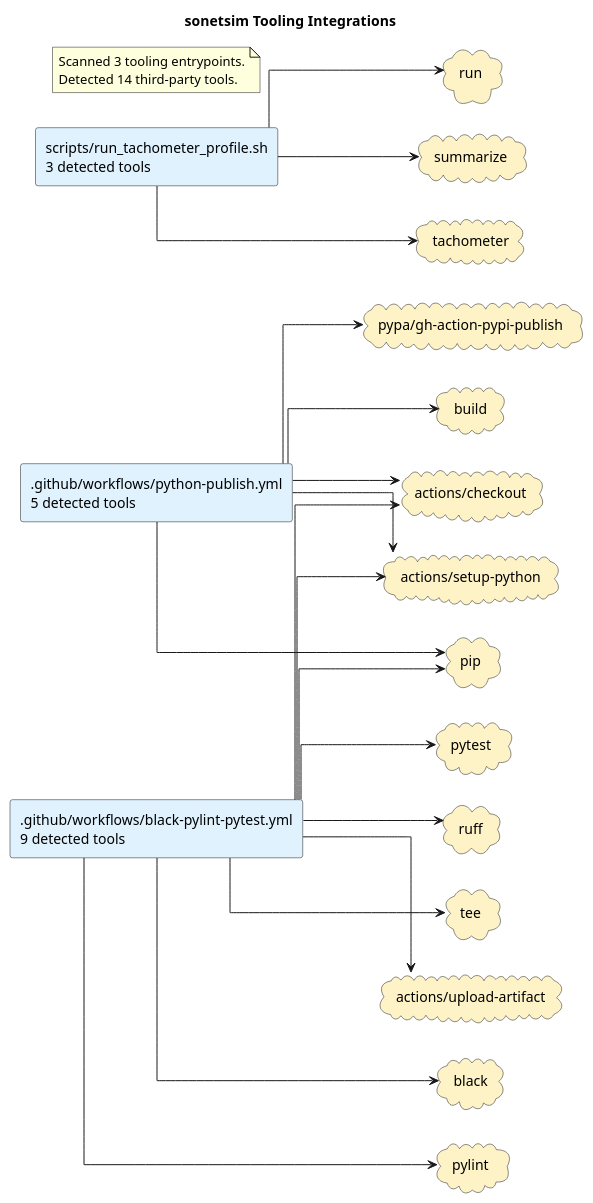
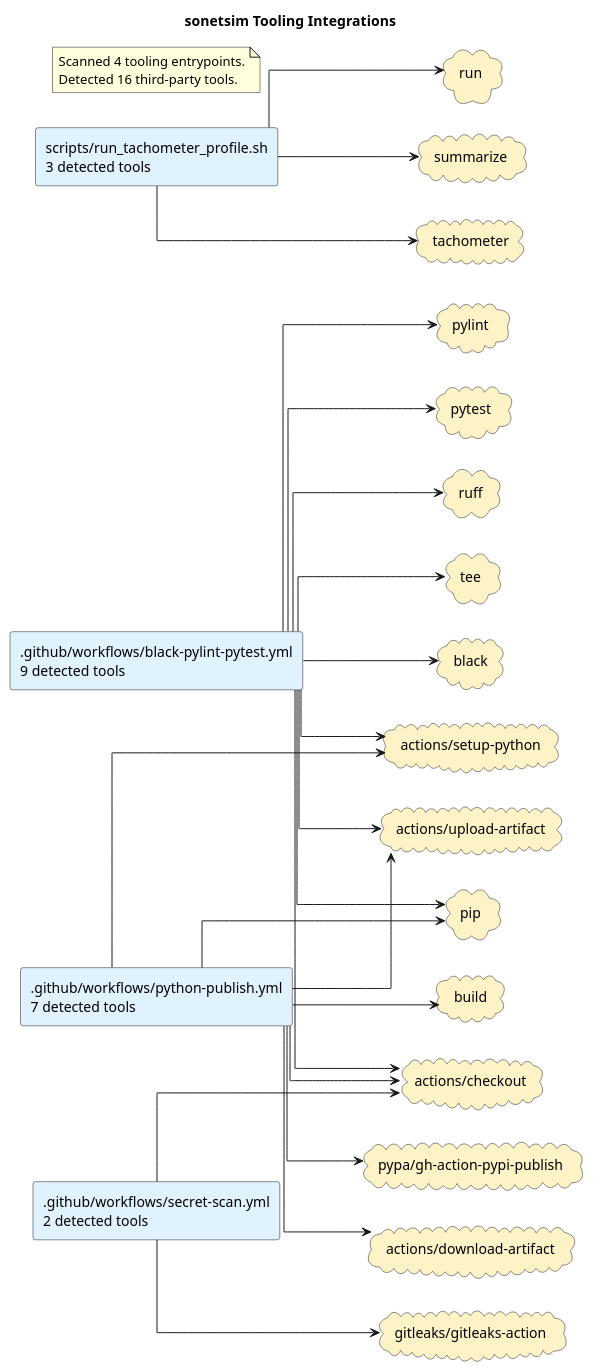
The diagram in docs/diagrams/tooling-integrations.puml (casonk/sonetsim), drawn with PlantUML before and after one commit. The commit also changed 5 other files, not shown here.

First line of the commit message:
docs: refresh diagrams; ci: exclude baseline from workspace-path scan

```diff
--- a/docs/diagrams/tooling-integrations.puml
+++ b/docs/diagrams/tooling-integrations.puml
@@ -1,46 +1,53 @@
 @startuml
 title sonetsim Tooling Integrations
 left to right direction
 skinparam shadowing false
 skinparam defaultFontName Monospace
 skinparam componentStyle rectangle
 skinparam linetype ortho
 rectangle ".github/workflows/black-pylint-pytest.yml\n9 detected tools" as source_github_workflows_black_pylint_pytest_yml #E0F2FE
-rectangle ".github/workflows/python-publish.yml\n5 detected tools" as source_github_workflows_python_publish_yml #E0F2FE
+rectangle ".github/workflows/python-publish.yml\n7 detected tools" as source_github_workflows_python_publish_yml #E0F2FE
+rectangle ".github/workflows/secret-scan.yml\n2 detected tools" as source_github_workflows_secret_scan_yml #E0F2FE
 rectangle "scripts/run_tachometer_profile.sh\n3 detected tools" as source_scripts_run_tachometer_profile_sh #E0F2FE
 cloud "actions/checkout" as tool_actions_checkout #FEF3C7
+cloud "actions/download-artifact" as tool_actions_download_artifact #FEF3C7
 cloud "actions/setup-python" as tool_actions_setup_python #FEF3C7
 cloud "actions/upload-artifact" as tool_actions_upload_artifact #FEF3C7
 cloud "black" as tool_black #FEF3C7
 cloud "build" as tool_build #FEF3C7
+cloud "gitleaks/gitleaks-action" as tool_gitleaks_gitleaks_action #FEF3C7
 cloud "pip" as tool_pip #FEF3C7
 cloud "pylint" as tool_pylint #FEF3C7
 cloud "pypa/gh-action-pypi-publish" as tool_pypa_gh_action_pypi_publish #FEF3C7
 cloud "pytest" as tool_pytest #FEF3C7
 cloud "ruff" as tool_ruff #FEF3C7
 cloud "run" as tool_run #FEF3C7
 cloud "summarize" as tool_summarize #FEF3C7
 cloud "tachometer" as tool_tachometer #FEF3C7
 cloud "tee" as tool_tee #FEF3C7
 source_github_workflows_black_pylint_pytest_yml --> tool_actions_checkout
 source_github_workflows_black_pylint_pytest_yml --> tool_actions_setup_python
 source_github_workflows_black_pylint_pytest_yml --> tool_actions_upload_artifact
 source_github_workflows_black_pylint_pytest_yml --> tool_black
 source_github_workflows_black_pylint_pytest_yml --> tool_pip
 source_github_workflows_black_pylint_pytest_yml --> tool_pylint
 source_github_workflows_black_pylint_pytest_yml --> tool_pytest
 source_github_workflows_black_pylint_pytest_yml --> tool_ruff
 source_github_workflows_black_pylint_pytest_yml --> tool_tee
 source_github_workflows_python_publish_yml --> tool_actions_checkout
+source_github_workflows_python_publish_yml --> tool_actions_download_artifact
 source_github_workflows_python_publish_yml --> tool_actions_setup_python
+source_github_workflows_python_publish_yml --> tool_actions_upload_artifact
 source_github_workflows_python_publish_yml --> tool_build
 source_github_workflows_python_publish_yml --> tool_pip
 source_github_workflows_python_publish_yml --> tool_pypa_gh_action_pypi_publish
+source_github_workflows_secret_scan_yml --> tool_actions_checkout
+source_github_workflows_secret_scan_yml --> tool_gitleaks_gitleaks_action
 source_scripts_run_tachometer_profile_sh --> tool_run
 source_scripts_run_tachometer_profile_sh --> tool_summarize
 source_scripts_run_tachometer_profile_sh --> tool_tachometer
 note as toolingGraphSummary
-Scanned 3 tooling entrypoints.
-Detected 14 third-party tools.
+Scanned 4 tooling entrypoints.
+Detected 16 third-party tools.
 end note
 @enduml
```
